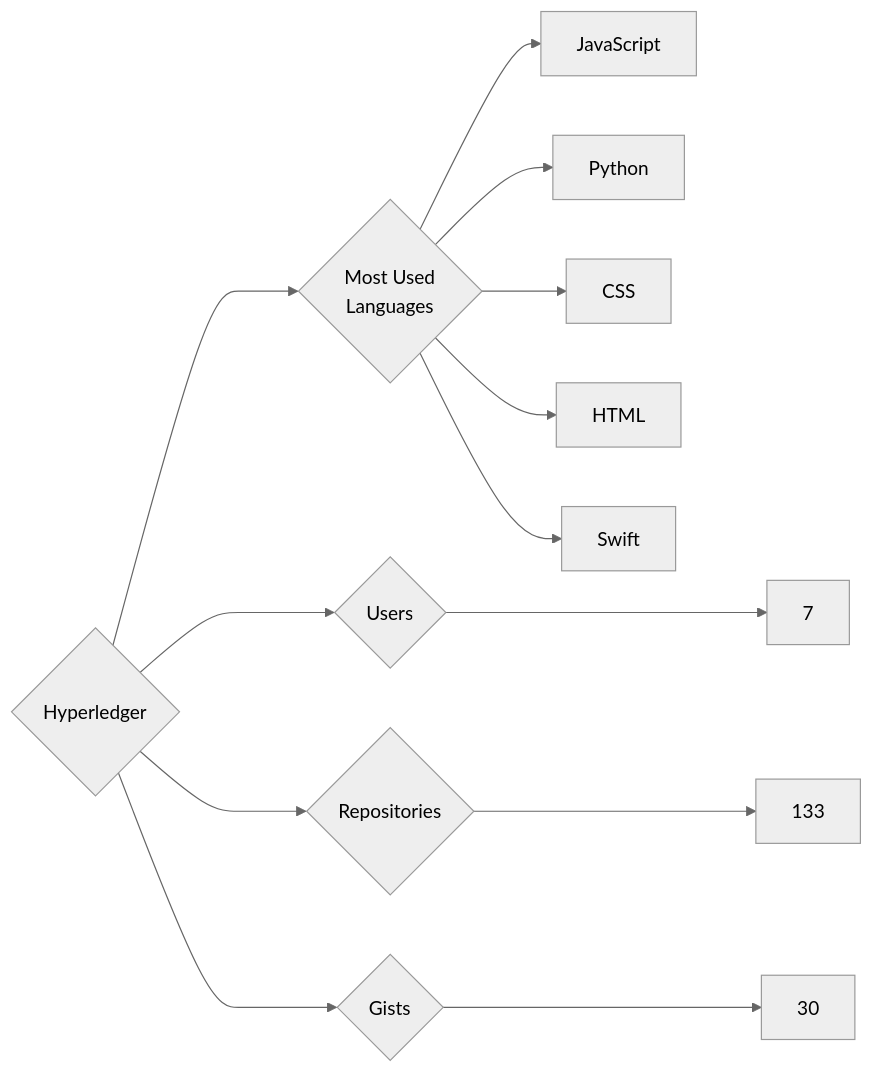
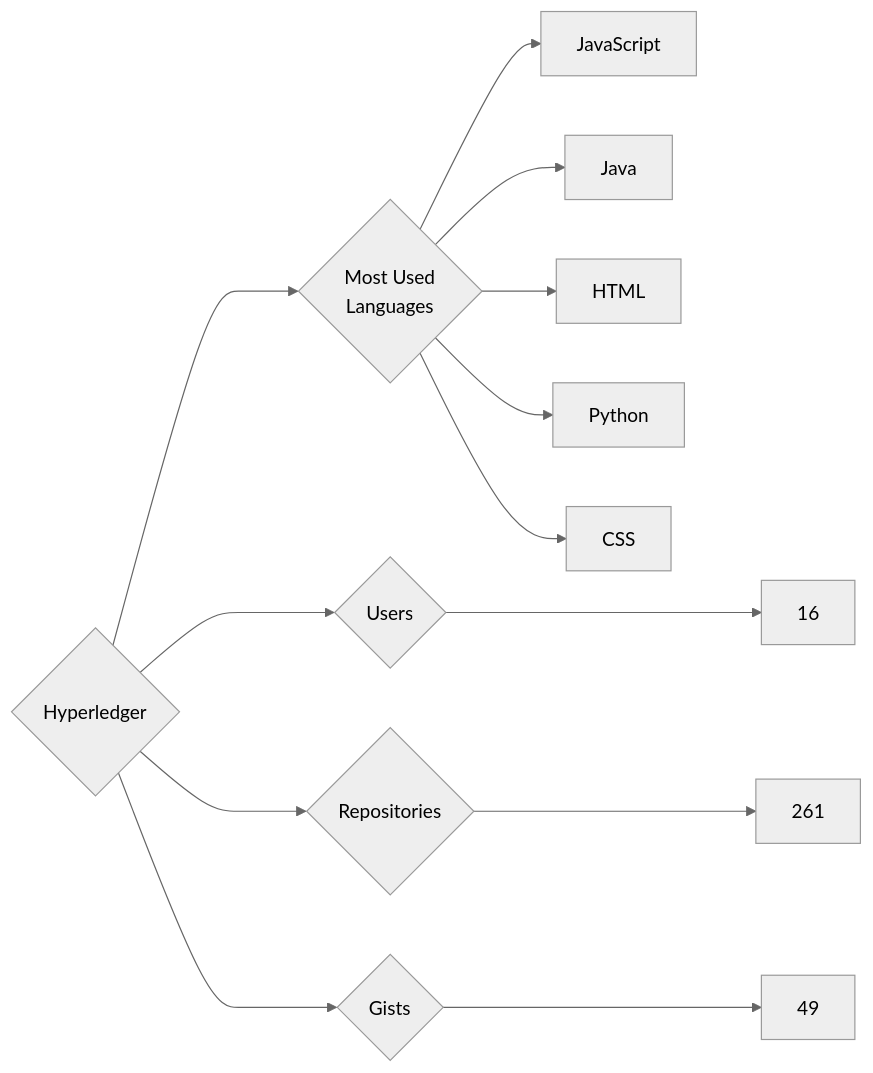
Before and after one commit to trickest/insiders: the diagram in targets/Hyperledger/README.md, drawn with Mermaid (neutral theme). The commit also changed 1055 other files, not shown here.

````diff
--- a/targets/Hyperledger/README.md
+++ b/targets/Hyperledger/README.md
@@ -3,13 +3,13 @@
 ```mermaid
 graph LR
 COMPANY_NAME{Hyperledger}
-COMPANY_NAME ---> U{Users} ---> UN[7]
-COMPANY_NAME ---> R{Repositories} ---> RN[133]
-COMPANY_NAME ---> G{Gists} ---> GN[30]
+COMPANY_NAME ---> U{Users} ---> UN[16]
+COMPANY_NAME ---> R{Repositories} ---> RN[261]
+COMPANY_NAME ---> G{Gists} ---> GN[49]
 COMPANY_NAME ---> ML{Most Used<br>Languages}
 ML --> JavaScript[JavaScript]
+ML --> Java[Java]
+ML --> HTML[HTML]
 ML --> Python[Python]
 ML --> CSS[CSS]
-ML --> HTML[HTML]
-ML --> Swift[Swift]
 ```
````
